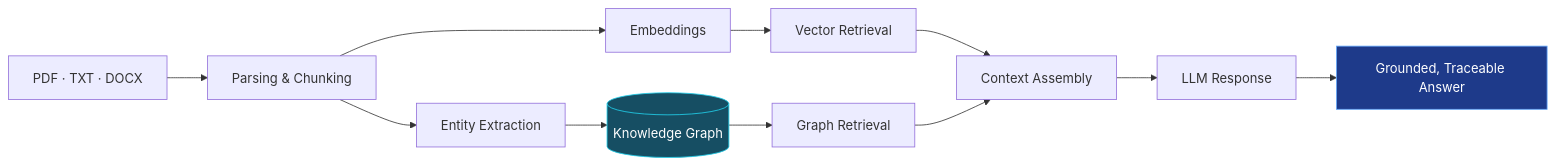
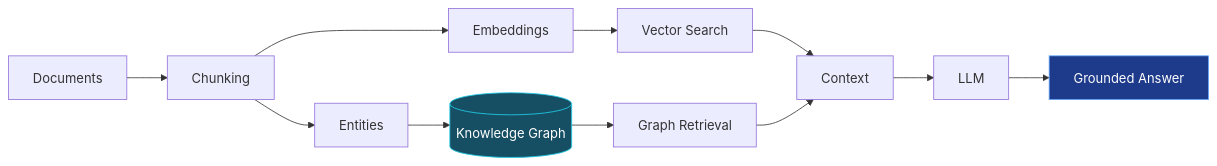
Before and after one commit to bhuvansmegalamane1/bhuvansmegalamane1: the diagram in README.md, drawn with Mermaid. The commit also changed other lines of this file, not shown here.

````diff
--- a/README.md
+++ b/README.md
@@ -39,16 +69,16 @@
 ```mermaid
 flowchart LR
-    A["PDF · TXT · DOCX"] --> B["Parsing & Chunking"]
-    B --> C["Embeddings"]
-    C --> D["Vector Retrieval"]
-    B --> E["Entity Extraction"]
-    E --> F[("Knowledge Graph")]
-    F --> G["Graph Retrieval"]
-    D --> H["Context Assembly"]
+    A[Documents] --> B[Chunking]
+    B --> C[Entities]
+    C --> D[(Knowledge Graph)]
+    B --> E[Embeddings]
+    E --> F[Vector Search]
+    D --> G[Graph Retrieval]
+    F --> H[Context]
     G --> H
-    H --> I["LLM Response"]
-    I --> J["Grounded, Traceable Answer"]
+    H --> I[LLM]
+    I --> J[Grounded Answer]
 
-    style F fill:#164e63,stroke:#22d3ee,color:#ffffff
+    style D fill:#164e63,stroke:#22d3ee,color:#ffffff
     style J fill:#1e3a8a,stroke:#60a5fa,color:#ffffff
 ```
````
